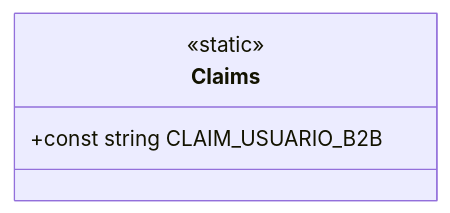
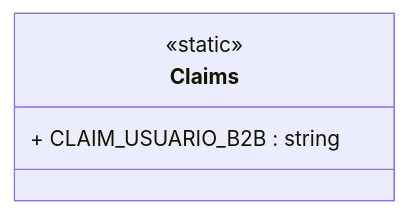
One commit to IsthmusSistemas/documentacao-tecnica changed the diagram in docs/b2b-dominio/IsthmusWinthor.Nucleo/IsthmusWinthor.Dominio/Util/Claims.md. Above: the diagram before and after it, drawn with Mermaid. The commit also changed other lines of this file and 882 other files, not shown here.

````diff
--- a/docs/b2b-dominio/IsthmusWinthor.Nucleo/IsthmusWinthor.Dominio/Util/Claims.md
+++ b/docs/b2b-dominio/IsthmusWinthor.Nucleo/IsthmusWinthor.Dominio/Util/Claims.md
@@ -24,7 +20,7 @@
 ```mermaid
 classDiagram
     class Claims {
         <<static>>
-        +const string CLAIM_USUARIO_B2B
+        + CLAIM_USUARIO_B2B : string
     }
-``` 
+```
````
